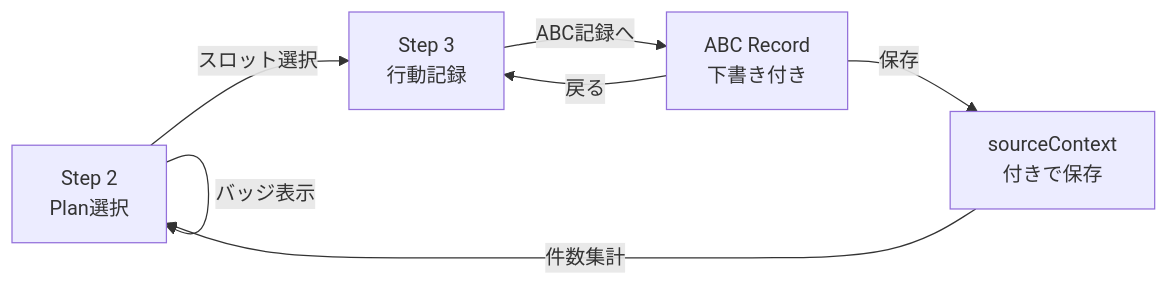
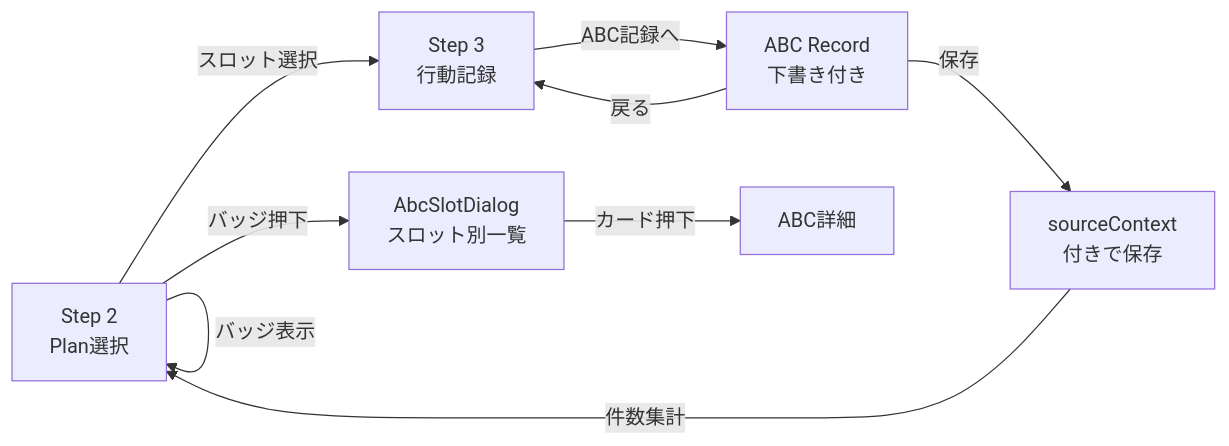
One commit to yasutakesougo/audit-management-system-mvp changed the diagram in docs/handoffs/abc-integration-mvp-2026-03-20.md. Above: the diagram before and after it, drawn with Mermaid. The commit also changed other lines of this file and 5 other files, not shown here.

First line of the commit message:
feat(abc): add slot-scoped ABC record dialog (MVP-6)

````diff
--- a/docs/handoffs/abc-integration-mvp-2026-03-20.md
+++ b/docs/handoffs/abc-integration-mvp-2026-03-20.md
@@ -12,9 +13,11 @@
 ```mermaid
 graph LR
     S2["Step 2<br/>Plan選択"] -->|スロット選択| S3["Step 3<br/>行動記録"]
     S3 -->|ABC記録へ| ABC["ABC Record<br/>下書き付き"]
     ABC -->|戻る| S3
     ABC -->|保存| DB["sourceContext<br/>付きで保存"]
     DB -->|件数集計| S2
     S2 -->|バッジ表示| S2
+    S2 -->|バッジ押下| DLG["AbcSlotDialog<br/>スロット別一覧"]
+    DLG -->|カード押下| DETAIL["ABC詳細"]
 ```
````
